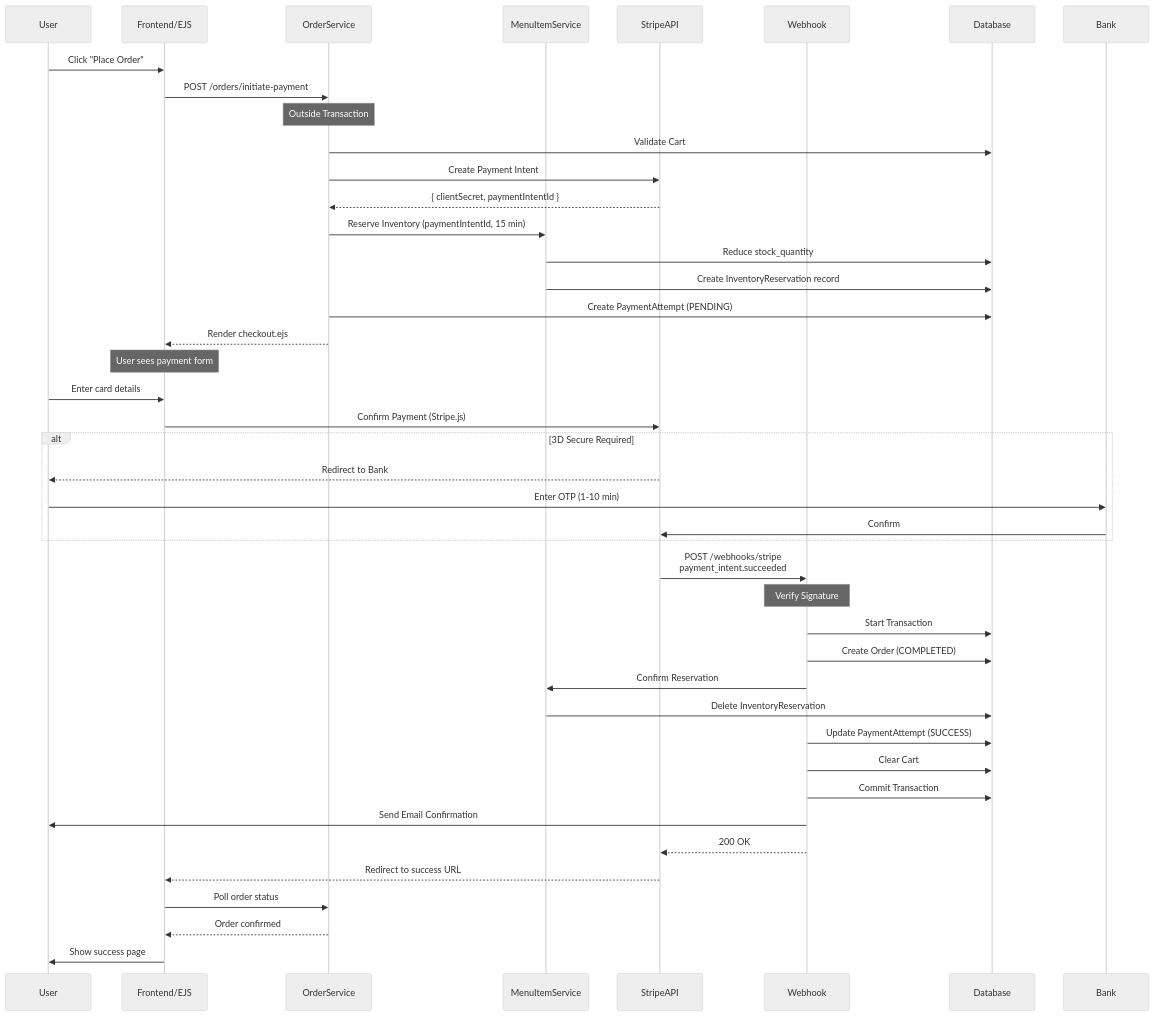
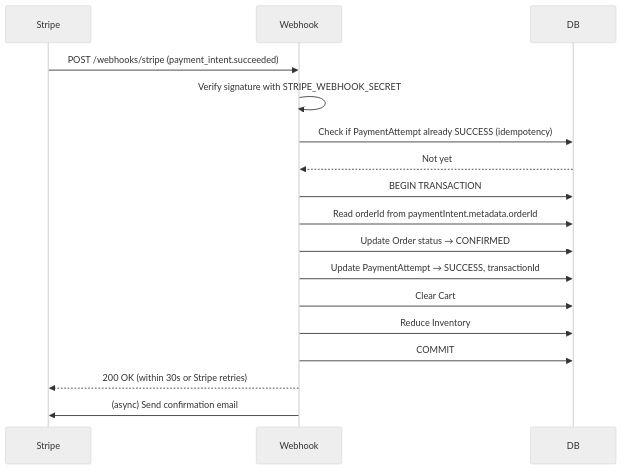
One commit to RedaAwwad/Food-Delivery changed the second of 2 diagrams in docs/payment_gateway_design.md. Above: the diagram before and after it, drawn with Mermaid (neutral theme). The commit also changed other lines of this file and 1 other file, not shown here.

Commit message:
feat/payment( edit placeOrder & payment order )

````diff
--- a/docs/payment_gateway_design.md
+++ b/docs/payment_gateway_design.md
@@ -85,55 +175,22 @@
 ```mermaid
 sequenceDiagram
-    participant User
-    participant Frontend/EJS
-    participant OrderService
-    participant MenuItemService
-    participant StripeAPI
+    participant Stripe
     participant Webhook
-    participant Database
+    participant DB
 
-    User->>Frontend/EJS: Click "Place Order"
-    Frontend/EJS->>OrderService: POST /orders/initiate-payment
-    
-    Note over OrderService: Outside Transaction
-    OrderService->>Database: Validate Cart
-    
-    OrderService->>StripeAPI: Create Payment Intent
-    StripeAPI-->>OrderService: { clientSecret, paymentIntentId }
-    
-    OrderService->>MenuItemService: Reserve Inventory (paymentIntentId, 15 min)
-    MenuItemService->>Database: Reduce stock_quantity
-    MenuItemService->>Database: Create InventoryReservation record
-    
-    OrderService->>Database: Create PaymentAttempt (PENDING)
-    OrderService-->>Frontend/EJS: Render checkout.ejs
-    
-    Note over Frontend/EJS: User sees payment form
-    User->>Frontend/EJS: Enter card details
-    Frontend/EJS->>StripeAPI: Confirm Payment (Stripe.js)
-    
-    alt 3D Secure Required
-        StripeAPI-->>User: Redirect to Bank
-        User->>Bank: Enter OTP (1-10 min)
-        Bank->>StripeAPI: Confirm
-    end
-    
-    StripeAPI->>Webhook: POST /webhooks/stripe<br/>payment_intent.succeeded
-    
-    Note over Webhook: Verify Signature
-    Webhook->>Database: Start Transaction
-    Webhook->>Database: Create Order (COMPLETED)
-    Webhook->>MenuItemService: Confirm Reservation
-    MenuItemService->>Database: Delete InventoryReservation
-    Webhook->>Database: Update PaymentAttempt (SUCCESS)
-    Webhook->>Database: Clear Cart
-    Webhook->>Database: Commit Transaction
-    
-    Webhook->>User: Send Email Confirmation
-    Webhook-->>StripeAPI: 200 OK
-    
-    StripeAPI-->>Frontend/EJS: Redirect to success URL
-    Frontend/EJS->>OrderService: Poll order status
-    OrderService-->>Frontend/EJS: Order confirmed
-    Frontend/EJS->>User: Show success page
+    Stripe->>Webhook: POST /webhooks/stripe (payment_intent.succeeded)
+    Webhook->>Webhook: Verify signature with STRIPE_WEBHOOK_SECRET
+    Webhook->>DB: Check if PaymentAttempt already SUCCESS (idempotency)
+    DB-->>Webhook: Not yet
+
+    Webhook->>DB: BEGIN TRANSACTION
+    Webhook->>DB: Read orderId from paymentIntent.metadata.orderId
+    Webhook->>DB: Update Order status → CONFIRMED
+    Webhook->>DB: Update PaymentAttempt → SUCCESS, transactionId
+    Webhook->>DB: Clear Cart
+    Webhook->>DB: Reduce Inventory
+    Webhook->>DB: COMMIT
+
+    Webhook-->>Stripe: 200 OK (within 30s or Stripe retries)
+    Webhook->>Stripe: (async) Send confirmation email
 ```
````
